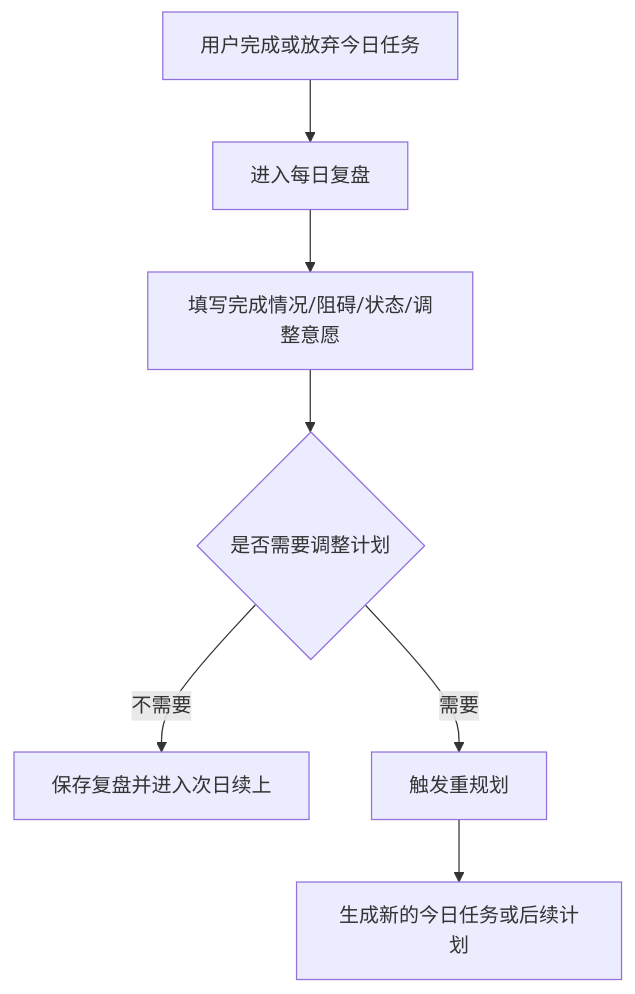
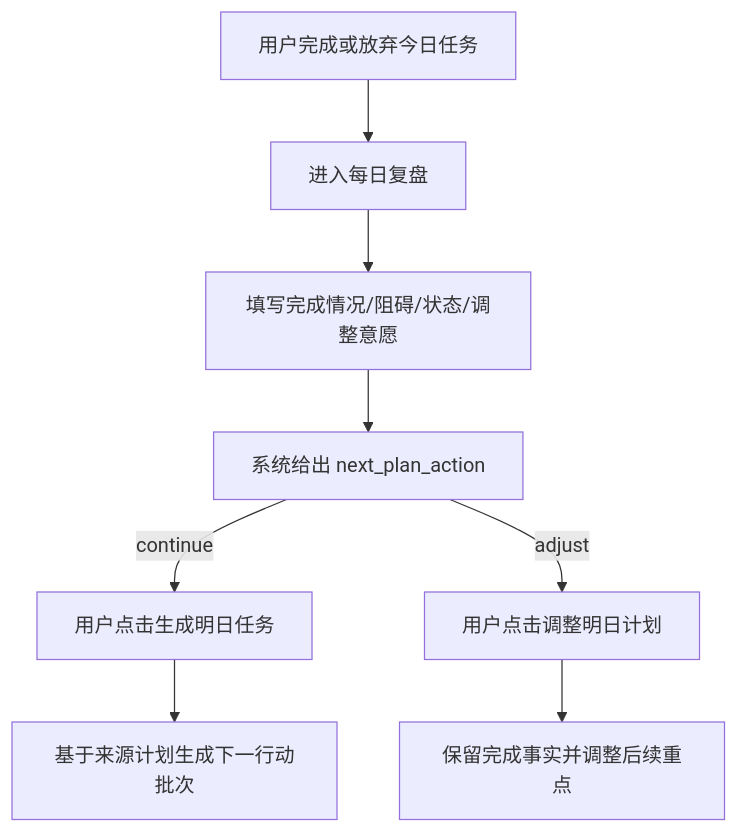
One commit to lyyjsr/career-planning-buddy changed the third of 4 diagrams in docs/overview/user-manual.md. Above: the diagram before and after it, drawn with Mermaid. The commit also changed other lines of this file and 73 other files, not shown here.

````diff
--- a/docs/overview/user-manual.md
+++ b/docs/overview/user-manual.md
@@ -114,9 +115,10 @@
 ```mermaid
 flowchart TD
     A[用户完成或放弃今日任务] --> B[进入每日复盘]
     B --> C[填写完成情况/阻碍/状态/调整意愿]
-    C --> D{是否需要调整计划}
-    D -->|不需要| E[保存复盘并进入次日续上]
-    D -->|需要| F[触发重规划]
-    F --> G[生成新的今日任务或后续计划]
+    C --> D[系统给出 next_plan_action]
+    D -->|continue| E[用户点击生成明日任务]
+    D -->|adjust| F[用户点击调整明日计划]
+    E --> G[基于来源计划生成下一行动批次]
+    F --> H[保留完成事实并调整后续重点]
 ```
````
